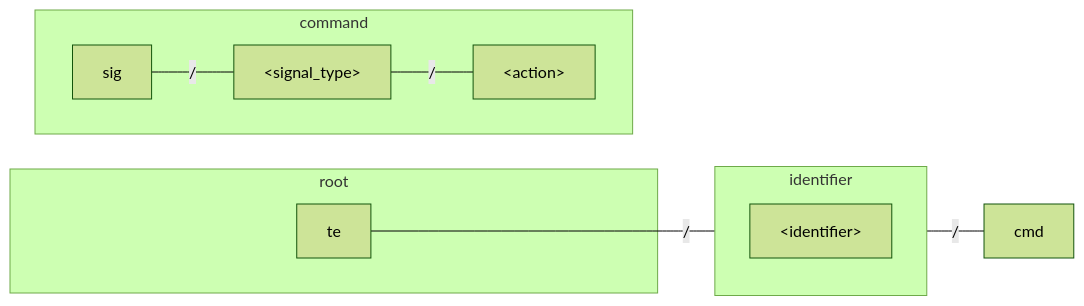
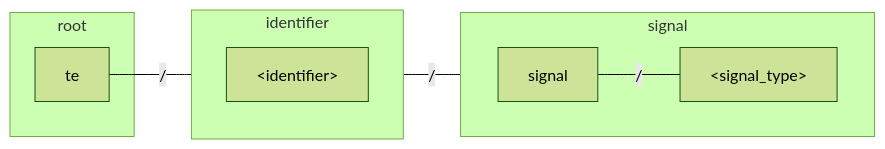
Before and after one commit to rina23q/thin-edge.io: diagram 11 of 11 in docs/src/references/mqtt-api.md, drawn with Mermaid (forest theme). The commit also changed other lines of this file and 2 other files, not shown here.

Commit message:
fixup! fixup! fixup! Add signal channel to MQTT API doc

````diff
--- a/docs/src/references/mqtt-api.md
+++ b/docs/src/references/mqtt-api.md
@@ -657,17 +657,16 @@
 ```mermaid
 graph LR
-  te --/--- identifier --/--- cmd
+  te --/--- identifier --/--- signal
   subgraph root
     te
   end
 
   subgraph identifier
     identifier2["&lt;identifier&gt;"]
   end
 
-  subgraph command
+  subgraph signal
     direction LR
-    sig --/--- signal_type["&lt;signal_type&gt;"] --/--- action["&lt;action&gt;"]
+    signal_node["signal"] --/--- signal_type["&lt;signal_type&gt;"]
   end
-
 ```
````
